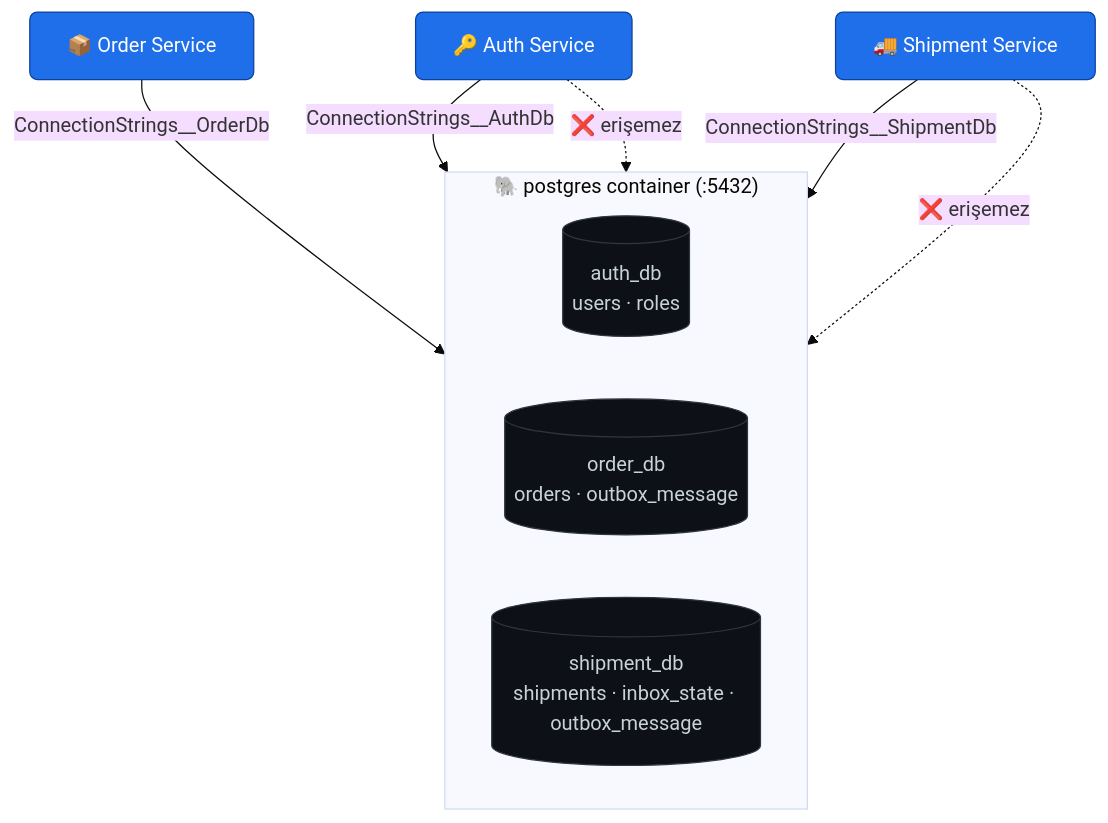
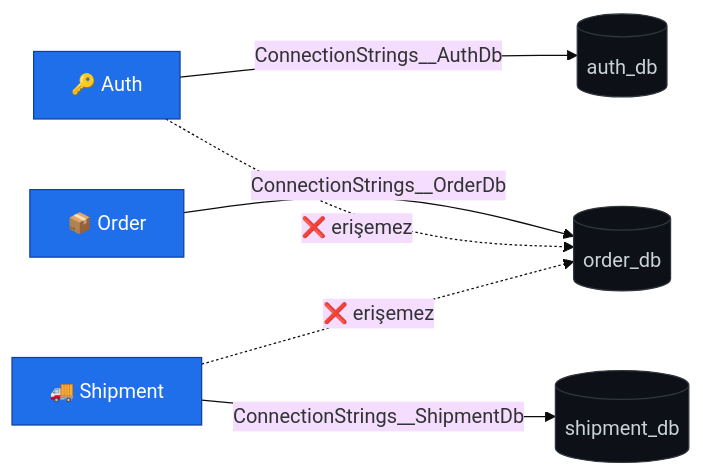
The third of 7 diagrams in README.md (erenctns/Logistic-Microservice_Mvp), drawn with Mermaid (base theme) before and after one commit. The commit also changed other lines of this file, not shown here.

````diff
--- a/README.md
+++ b/README.md
@@ -156,21 +127,13 @@
 ```mermaid
-flowchart TB
-    subgraph PG["🐘 postgres container (:5432)"]
-        direction LR
-        A[("auth_db<br/>users · roles")]
-        O[("order_db<br/>orders · outbox_message")]
-        S[("shipment_db<br/>shipments · inbox_state · outbox_message")]
-    end
-
-    AS["🔑 Auth Service"] -->|"ConnectionStrings__AuthDb"| A
-    OS["📦 Order Service"] -->|"ConnectionStrings__OrderDb"| O
-    SS["🚚 Shipment Service"] -->|"ConnectionStrings__ShipmentDb"| S
-
+flowchart LR
+    AS["🔑 Auth"] -->|"ConnectionStrings__AuthDb"| A[("auth_db")]
+    OS["📦 Order"] -->|"ConnectionStrings__OrderDb"| O[("order_db")]
+    SS["🚚 Shipment"] -->|"ConnectionStrings__ShipmentDb"| S[("shipment_db")]
     AS -.->|"❌ erişemez"| O
     SS -.->|"❌ erişemez"| O
 
-    classDef svc fill:#1f6feb,stroke:#0d419d,color:#fff,rx:6,ry:6
+    classDef svc fill:#1f6feb,stroke:#0d419d,color:#fff
     classDef db fill:#0d1117,stroke:#30363d,color:#c9d1d9
     class AS,OS,SS svc
     class A,O,S db
 ```
````
